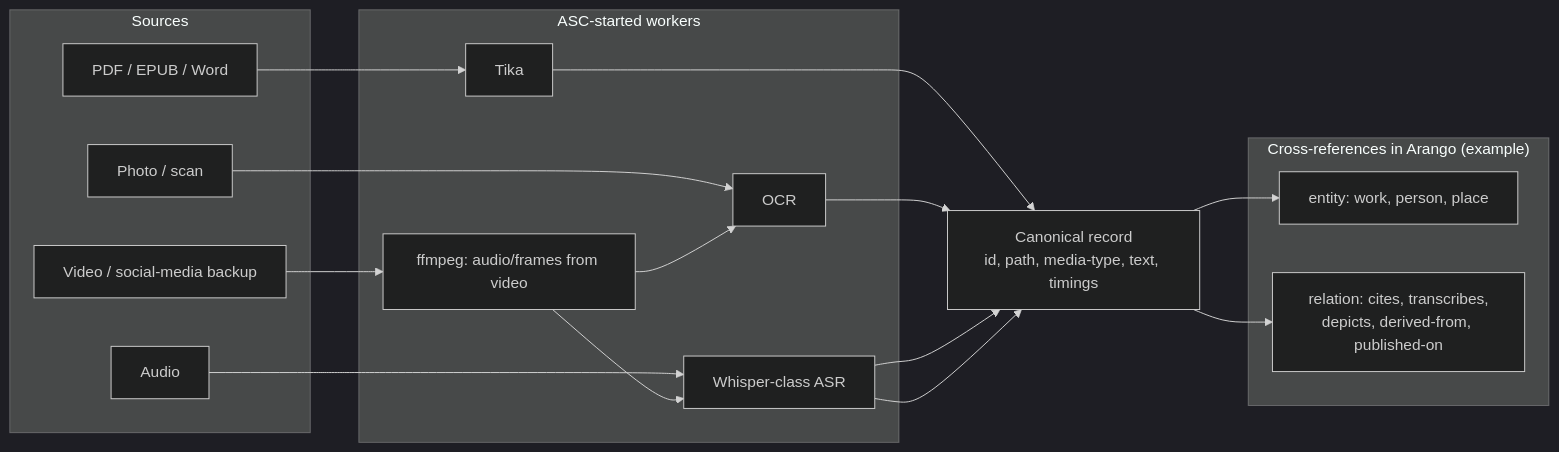
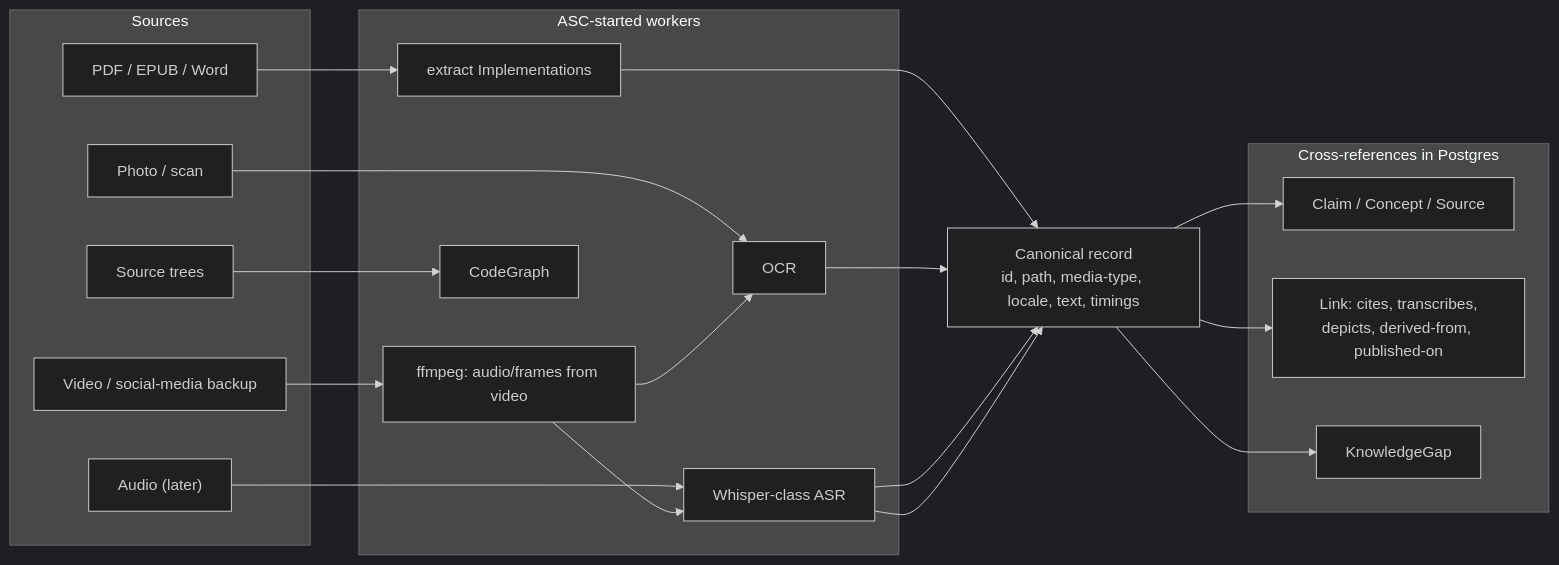
One commit to Paulmicha/projet-complexe-asc changed the eighth of 8 diagrams in data/ideas/2026/08/17-local-dev-stack-architecture.md. Above: the diagram before and after it, drawn with Mermaid (dark theme). The commit also changed other lines of this file and 322 other files, not shown here.

````diff
--- a/data/ideas/2026/08/17-local-dev-stack-architecture.md
+++ b/data/ideas/2026/08/17-local-dev-stack-architecture.md
@@ -391,32 +476,37 @@
 ```mermaid
 flowchart LR
   subgraph sources["Sources"]
     PDF["PDF / EPUB / Word"]
     IMG["Photo / scan"]
-    AUD["Audio"]
+    AUD["Audio (later)"]
     VID["Video / social-media backup"]
+    CODE["Source trees"]
   end
 
   subgraph jobs["ASC-started workers"]
-    T["Tika"]
+    T["extract Implementations"]
     O["OCR"]
     W["Whisper-class ASR"]
     F["ffmpeg: audio/frames from video"]
+    CG["CodeGraph"]
   end
 
-  C["Canonical record<br/>id, path, media-type, text, timings"]
+  C["Canonical record<br/>id, path, media-type, locale, text, timings"]
 
-  subgraph xref["Cross-references in Arango (example)"]
-    E["entity: work, person, place"]
-    R["relation: cites, transcribes,<br/>depicts, derived-from, published-on"]
+  subgraph xref["Cross-references in Postgres"]
+    E["Claim / Concept / Source"]
+    R["Link: cites, transcribes,<br/>depicts, derived-from, published-on"]
+    G["KnowledgeGap"]
   end
 
   PDF --> T --> C
   IMG --> O --> C
   AUD --> W --> C
   VID --> F --> W
   F --> O
   W --> C
   C --> E
   C --> R
+  C --> G
+  CODE --> CG
 ```
````
